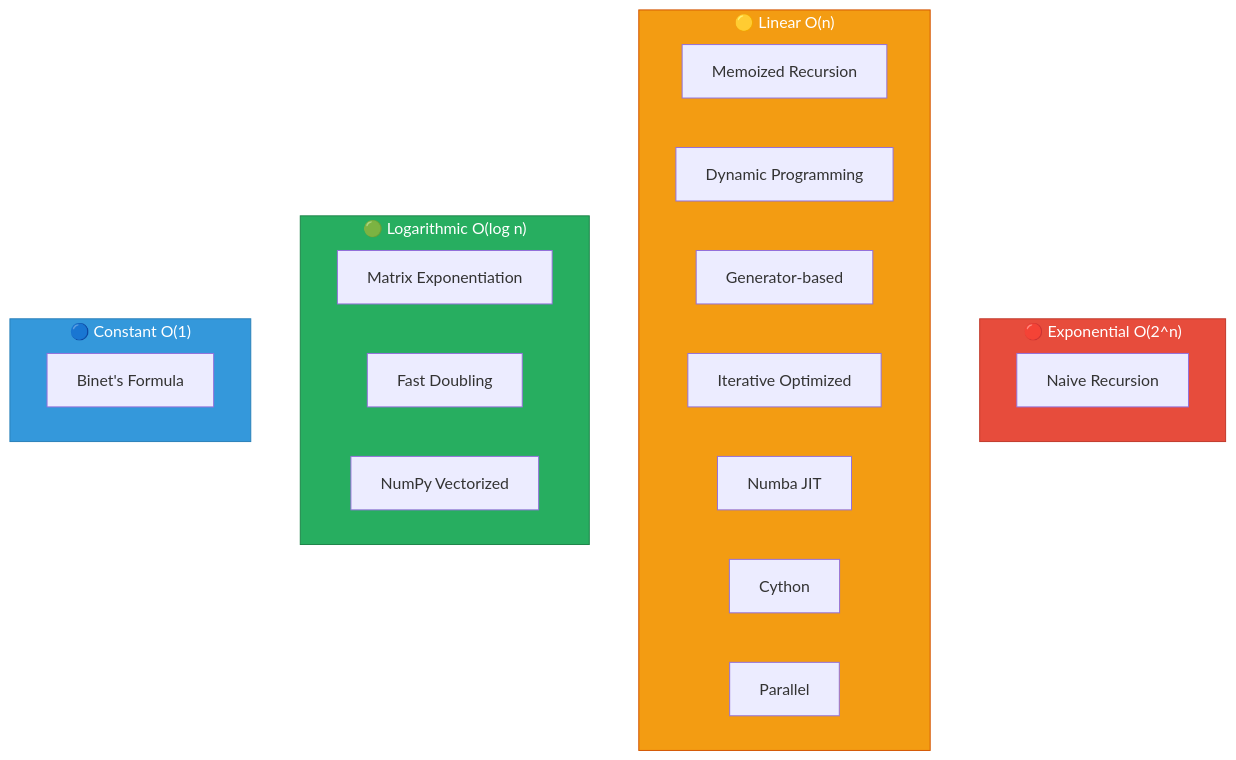
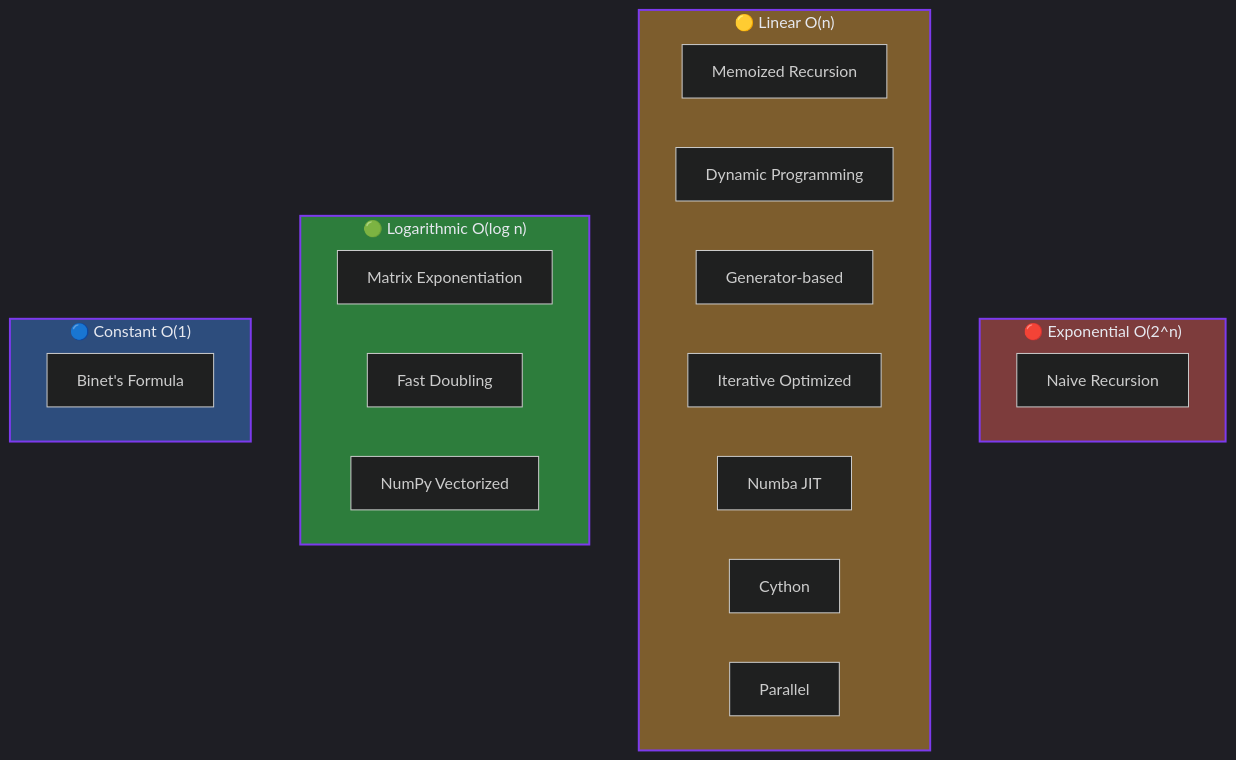
The second of 4 diagrams in README.md (Stiven-Gjekaj/SpeedyFibonacci), drawn with Mermaid before and after one commit. The commit also changed other lines of this file, not shown here.

````diff
--- a/README.md
+++ b/README.md
@@ -124,31 +125,32 @@
 ```mermaid
+%%{init: {'theme': 'dark', 'themeVariables': {'primaryColor': '#2d1b69', 'primaryTextColor': '#e6e8ef', 'primaryBorderColor': '#7c3aed', 'lineColor': '#7c3aed', 'secondBkgColor': '#111217', 'tertiaryColor': '#1a1a2e'}}}%%
 graph TD
     subgraph Exponential["🔴 Exponential O(2^n)"]
         A[Naive Recursion]
     end
 
     subgraph Linear["🟡 Linear O(n)"]
         B[Memoized Recursion]
         C[Dynamic Programming]
         D[Generator-based]
         E[Iterative Optimized]
         F[Numba JIT]
         G[Cython]
         H[Parallel]
     end
 
     subgraph Logarithmic["🟢 Logarithmic O(log n)"]
         I[Matrix Exponentiation]
         J[Fast Doubling]
         K[NumPy Vectorized]
     end
 
     subgraph Constant["🔵 Constant O(1)"]
         L[Binet's Formula]
     end
 
-    style Exponential fill:#e74c3c,stroke:#c0392b,color:#fff
-    style Linear fill:#f39c12,stroke:#d35400,color:#fff
-    style Logarithmic fill:#27ae60,stroke:#1e8449,color:#fff
-    style Constant fill:#3498db,stroke:#2980b9,color:#fff
+    style Exponential fill:#7d3c3c,stroke:#7c3aed,color:#e6e8ef,stroke-width:2px
+    style Linear fill:#7d5d2d,stroke:#7c3aed,color:#e6e8ef,stroke-width:2px
+    style Logarithmic fill:#2d7d3c,stroke:#7c3aed,color:#e6e8ef,stroke-width:2px
+    style Constant fill:#2d4d7d,stroke:#7c3aed,color:#e6e8ef,stroke-width:2px
 ```
````
